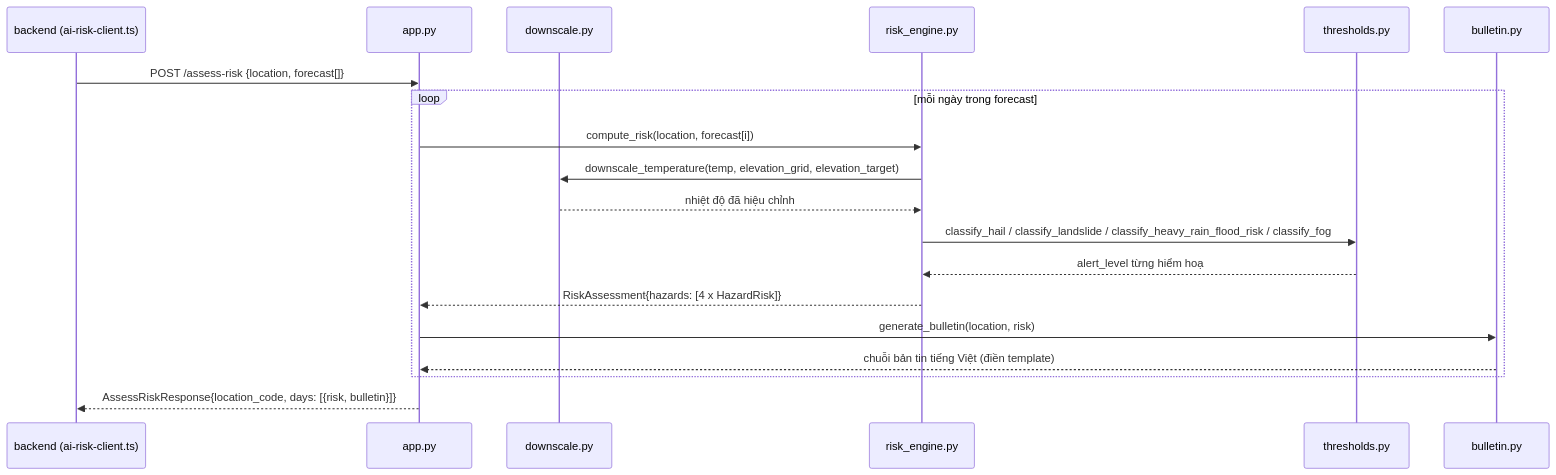
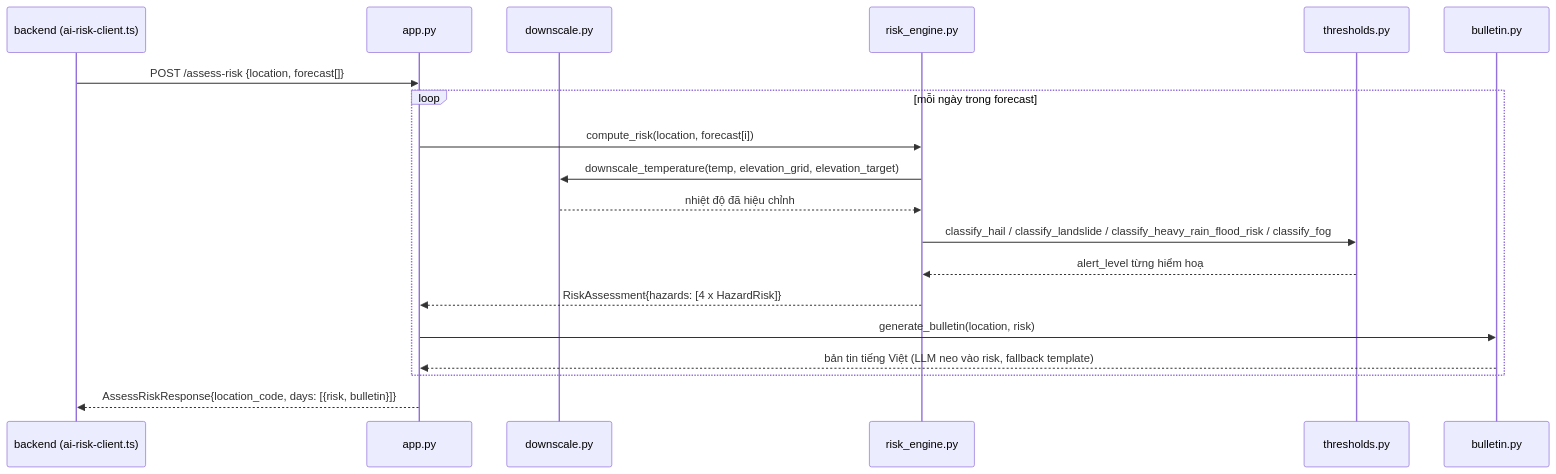
One commit to Frenkiyus1/Forestgump changed the second of 2 diagrams in ai_engine/README.md. Above: the diagram before and after it, drawn with Mermaid. The commit also changed other lines of this file and 8 other files, not shown here.

````diff
--- a/ai_engine/README.md
+++ b/ai_engine/README.md
@@ -229,22 +229,22 @@
 ```mermaid
 sequenceDiagram
     participant BE as backend (ai-risk-client.ts)
     participant APP as app.py
     participant DS as downscale.py
     participant RE as risk_engine.py
     participant TH as thresholds.py
     participant BU as bulletin.py
 
     BE->>APP: POST /assess-risk {location, forecast[]}
     loop mỗi ngày trong forecast
         APP->>RE: compute_risk(location, forecast[i])
         RE->>DS: downscale_temperature(temp, elevation_grid, elevation_target)
         DS-->>RE: nhiệt độ đã hiệu chỉnh
         RE->>TH: classify_hail / classify_landslide / classify_heavy_rain_flood_risk / classify_fog
         TH-->>RE: alert_level từng hiểm hoạ
         RE-->>APP: RiskAssessment{hazards: [4 x HazardRisk]}
         APP->>BU: generate_bulletin(location, risk)
-        BU-->>APP: chuỗi bản tin tiếng Việt (điền template)
+        BU-->>APP: bản tin tiếng Việt (LLM neo vào risk, fallback template)
     end
     APP-->>BE: AssessRiskResponse{location_code, days: [{risk, bulletin}]}
 ```
````
